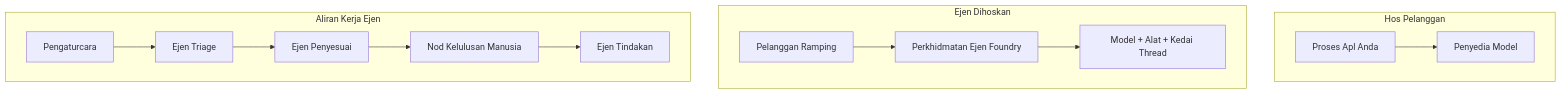
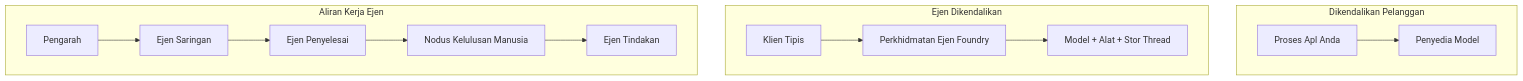
The first of 4 diagrams in mirrors/repos/microsoft@ai-agents-for-beginners/translations/ms/16-deploying-scalable-agents/README.md (gabrielmoreira/agent-skills-mirror), drawn with Mermaid before and after one commit. The commit also changed other lines of this file and 4262 other files, not shown here.

````diff
--- a/mirrors/repos/microsoft@ai-agents-for-beginners/translations/ms/16-deploying-scalable-agents/README.md
+++ b/mirrors/repos/microsoft@ai-agents-for-beginners/translations/ms/16-deploying-scalable-agents/README.md
@@ -87,16 +87,16 @@
 ```mermaid
 flowchart TB
-    subgraph P1[Hos Pelanggan]
+    subgraph P1[Dikendalikan Pelanggan]
         A1[Proses Apl Anda] --> M1[Penyedia Model]
     end
-    subgraph P2[Ejen Dihoskan]
-        A2[Pelanggan Ramping] --> F2[Perkhidmatan Ejen Foundry]
-        F2 --> M2[Model + Alat + Kedai Thread]
+    subgraph P2[Ejen Dikendalikan]
+        A2[Klien Tipis] --> F2[Perkhidmatan Ejen Foundry]
+        F2 --> M2[Model + Alat + Stor Thread]
     end
     subgraph P3[Aliran Kerja Ejen]
-        A3[Pengaturcara] --> S1[Ejen Triage]
-        S1 --> S2[Ejen Penyesuai]
-        S2 --> H[Nod Kelulusan Manusia]
+        A3[Pengarah] --> S1[Ejen Saringan]
+        S1 --> S2[Ejen Penyelesai]
+        S2 --> H[Nodus Kelulusan Manusia]
         H --> S3[Ejen Tindakan]
     end
 ```
````
